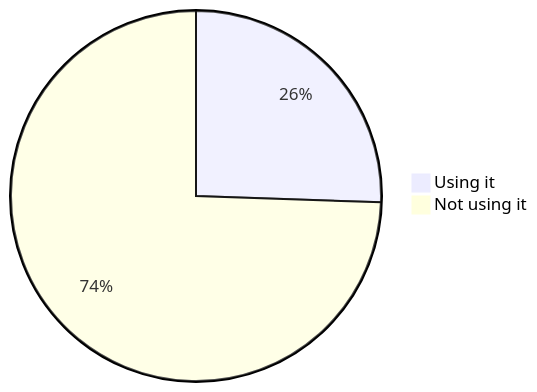
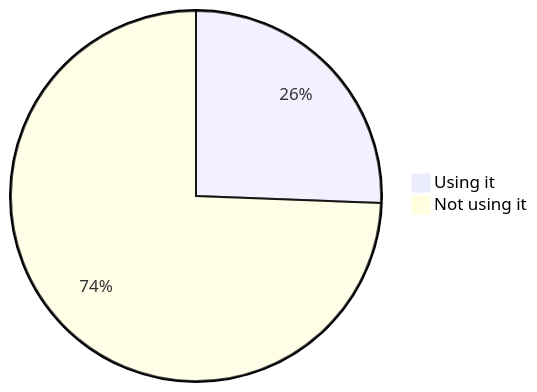
Diagram 15 of 22 in stats.md (oshp/oshp-stats), drawn with Mermaid before and after one commit. The commit also changed other lines of this file, not shown here.

````diff
--- a/stats.md
+++ b/stats.md
@@ -178,6 +178,6 @@
 ```mermaid
 pie
-	"Using it" : 25.54
-	"Not using it" : 74.47
+	"Using it" : 25.6
+	"Not using it" : 74.4
 
 ```
````
